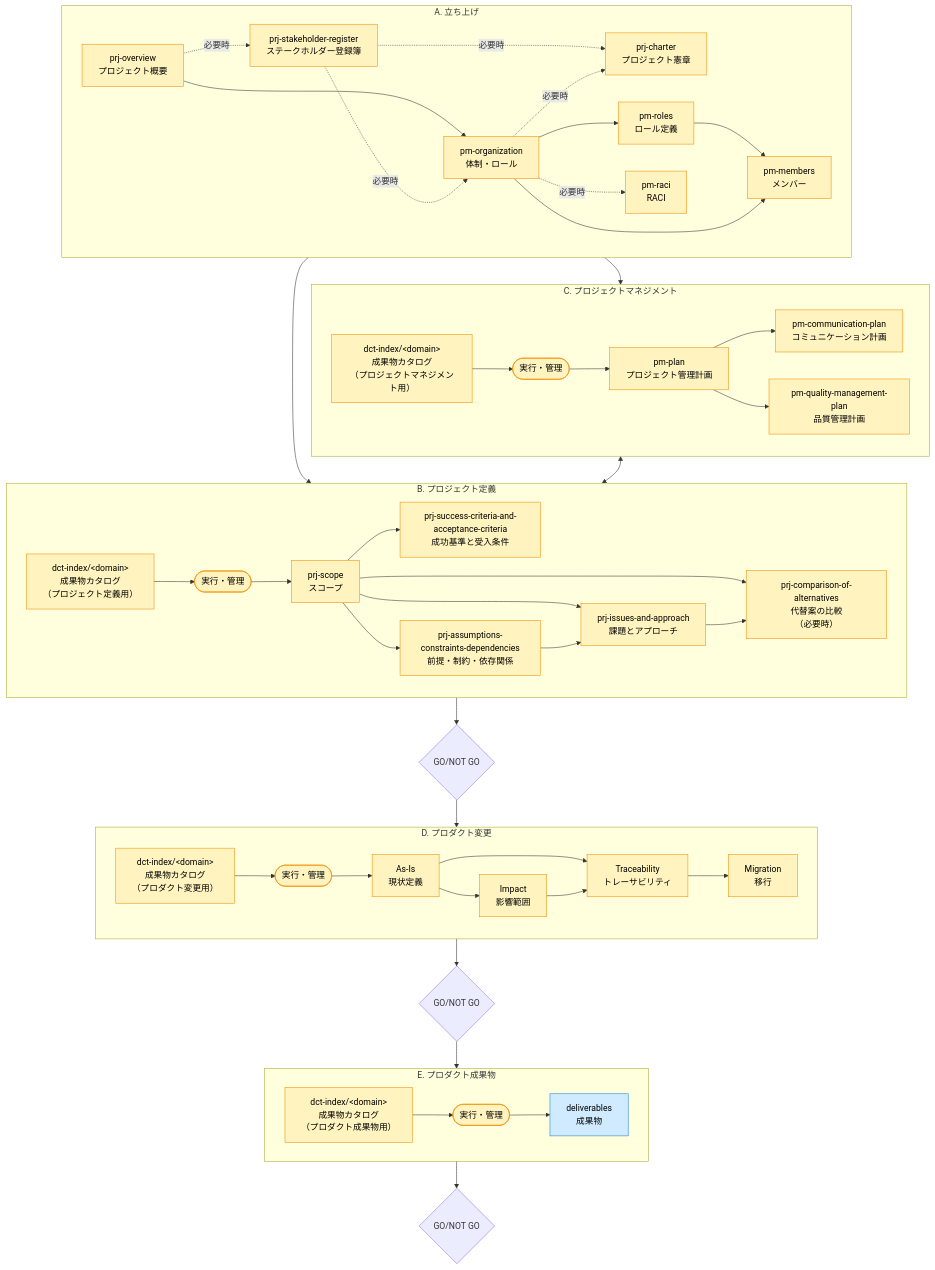
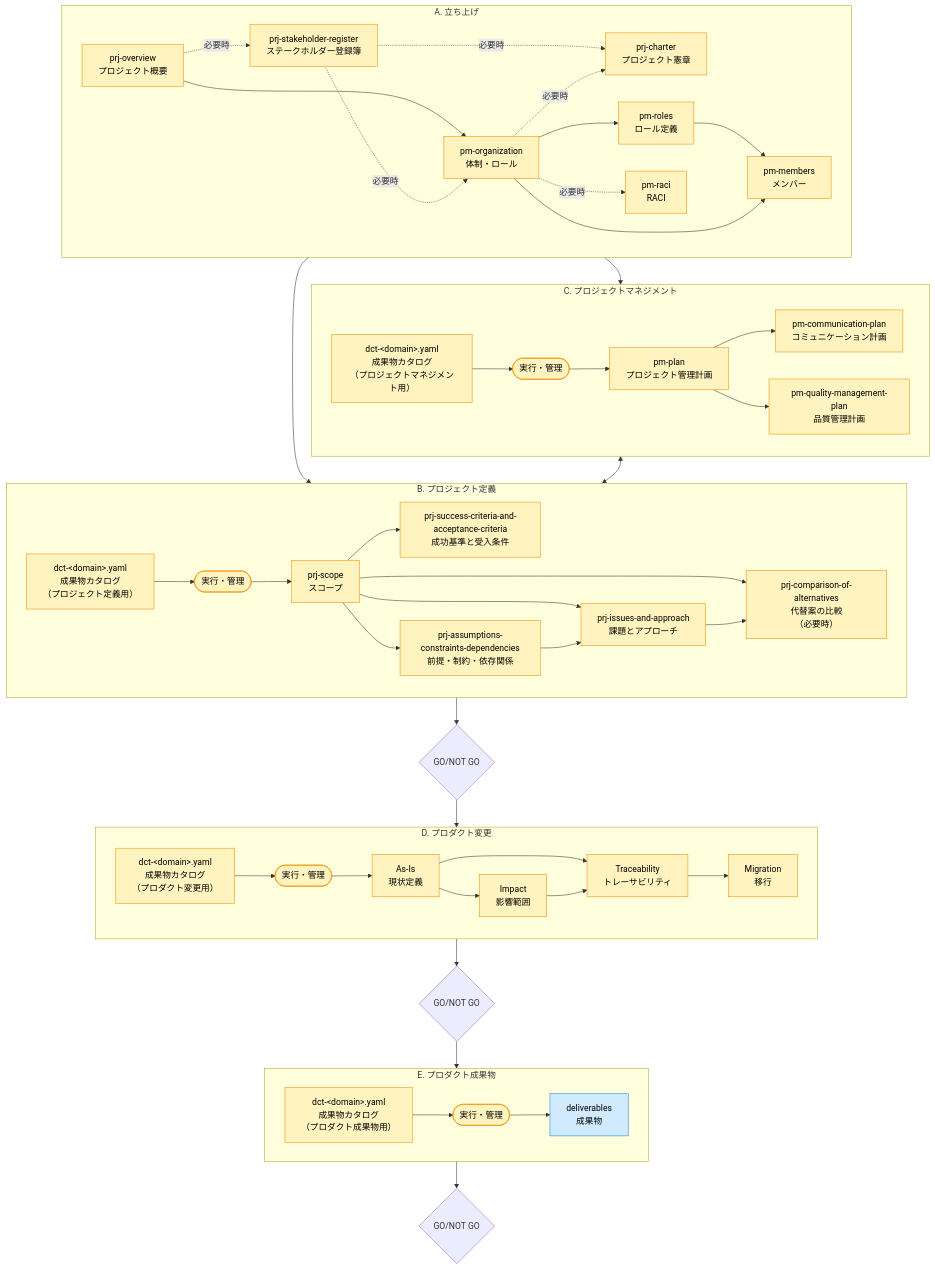
The third of 4 diagrams in docs/ja/specdojo/guides/docs-structure-guide.md (specdojo/specdojo), drawn with Mermaid before and after one commit. The commit also changed other lines of this file and 24 other files, not shown here.

```diff
--- a/docs/ja/specdojo/guides/docs-structure-guide.md
+++ b/docs/ja/specdojo/guides/docs-structure-guide.md
@@ -330,7 +332,7 @@
 
   subgraph PM["C. プロジェクトマネジメント"]
   direction LR
-    PM_DC["dct-index/&lt;domain&gt;<br/>成果物カタログ<br/>（プロジェクトマネジメント用）"]
+    PM_DC["dct-&lt;domain&gt;.yaml<br/>成果物カタログ<br/>（プロジェクトマネジメント用）"]
     PM_EXE(["実行・管理"])
     PL["pm-plan<br/>プロジェクト管理計画"]
     CP["pm-communication-plan<br/>コミュニケーション計画"]
@@ -342,7 +344,7 @@
 
   subgraph PD["B. プロジェクト定義"]
   direction LR
-    PD_DC["dct-index/&lt;domain&gt;<br/>成果物カタログ<br/>（プロジェクト定義用）"]
+    PD_DC["dct-&lt;domain&gt;.yaml<br/>成果物カタログ<br/>（プロジェクト定義用）"]
     PD_EXE(["実行・管理"])
     PS["prj-scope<br/>スコープ"]
     SC_AC["prj-success-criteria-and-acceptance-criteria<br/>成功基準と受入条件"]
@@ -363,7 +365,7 @@
 
   subgraph PC["D. プロダクト変更"]
   direction LR
-    PC_DC["dct-index/&lt;domain&gt;<br/>成果物カタログ<br/>（プロダクト変更用）"]
+    PC_DC["dct-&lt;domain&gt;.yaml<br/>成果物カタログ<br/>（プロダクト変更用）"]
     PC_EXE(["実行・管理"])
     AS_IS["As-Is<br/>現状定義"]
     IMP["Impact<br/>影響範囲"]
@@ -381,7 +383,7 @@
 
   subgraph DEL["E. プロダクト成果物"]
   direction LR
-    DEL_DC["dct-index/&lt;domain&gt;<br/>成果物カタログ<br/>（プロダクト成果物用）"]
+    DEL_DC["dct-&lt;domain&gt;.yaml<br/>成果物カタログ<br/>（プロダクト成果物用）"]
     DEL_EXE(["実行・管理"])
     DE["deliverables<br/>成果物"]
     DEL_DC --> DEL_EXE --> DE
```
